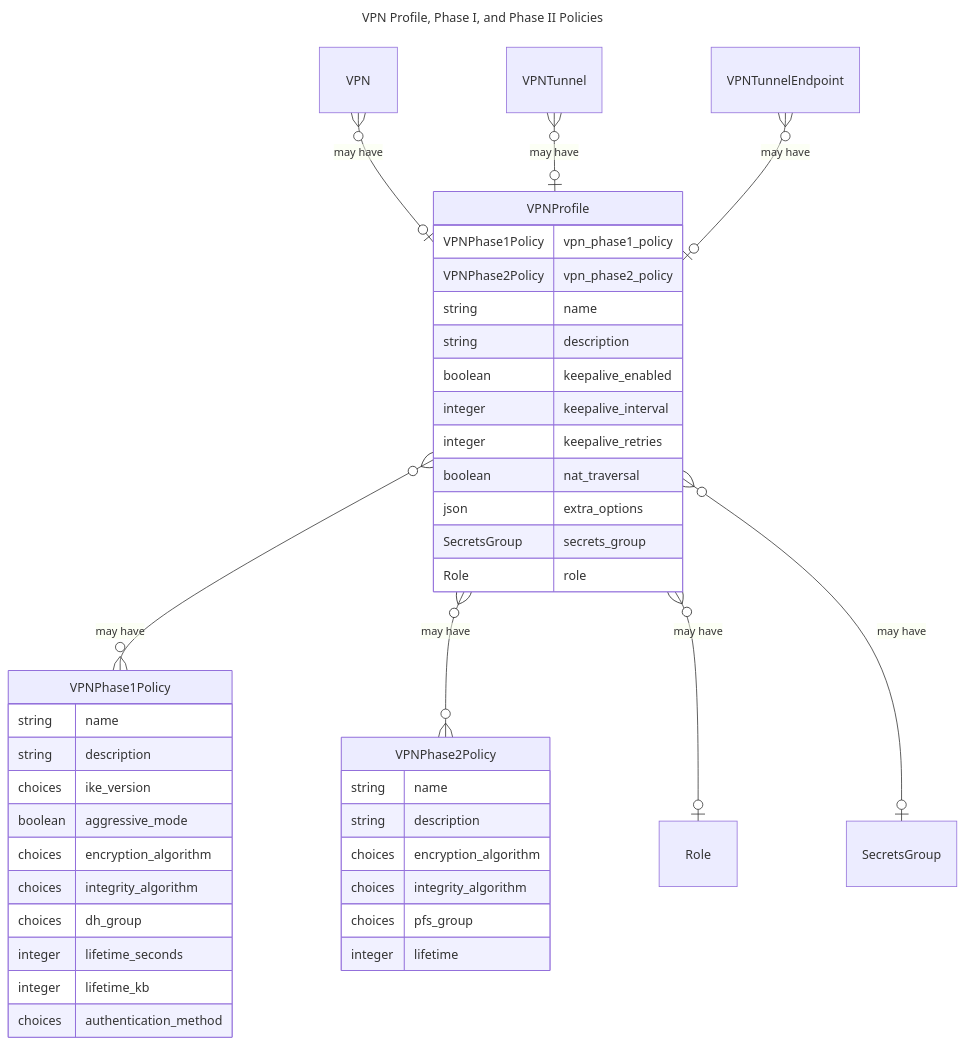
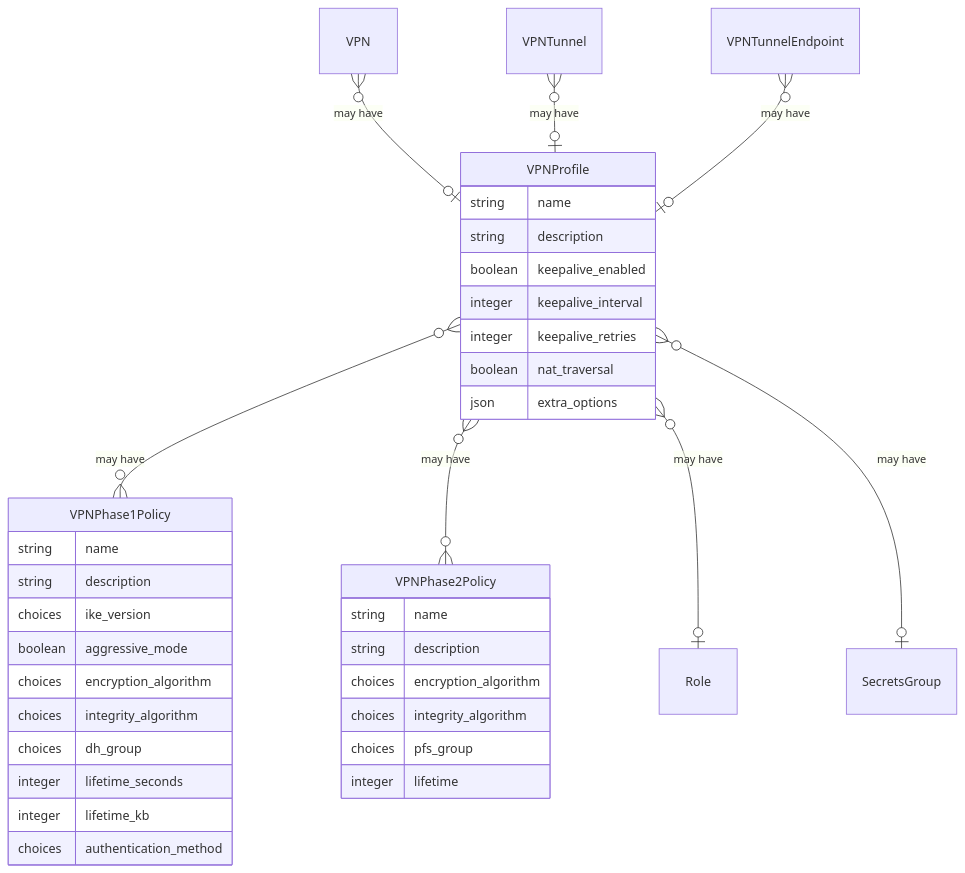
One commit to nautobot/nautobot changed the second of 11 diagrams in nautobot/docs/user-guide/core-data-model/vpn/index.md. Above: the diagram before and after it, drawn with Mermaid. The commit also changed other lines of this file and 19 other files, not shown here.

````diff
--- a/nautobot/docs/user-guide/core-data-model/vpn/index.md
+++ b/nautobot/docs/user-guide/core-data-model/vpn/index.md
@@ -23,57 +56,49 @@
 ```mermaid
----
-title: VPN Profile, Phase I, and Phase II Policies
----
 erDiagram
     "extras.Role"[Role] {}
     "extras.SecretsGroup"[SecretsGroup] {}
     "nautobot_vpn_models.VPN"[VPN] {}
     "nautobot_vpn_models.VPNTunnel"[VPNTunnel] {}
     "nautobot_vpn_models.VPNTunnelEndpoint"[VPNTunnelEndpoint] {}
 
-
     "nautobot_vpn_models.VPNProfile"[VPNProfile] {
-        VPNPhase1Policy vpn_phase1_policy
-        VPNPhase2Policy vpn_phase2_policy
         string name
         string description
         boolean keepalive_enabled
         integer keepalive_interval
         integer keepalive_retries
         boolean nat_traversal
         json extra_options
-        SecretsGroup secrets_group
-        Role role
     }
 
     "nautobot_vpn_models.VPNPhase1Policy"[VPNPhase1Policy] {
         string name
         string description
         choices ike_version
         boolean aggressive_mode
         choices encryption_algorithm
         choices integrity_algorithm
         choices dh_group
         integer lifetime_seconds
         integer lifetime_kb
         choices authentication_method
     }
 
     "nautobot_vpn_models.VPNPhase2Policy"[VPNPhase2Policy] {
         string name
         string description
         choices encryption_algorithm
         choices integrity_algorithm
         choices pfs_group
         integer lifetime
     }
 
     "nautobot_vpn_models.VPNProfile" }o--o{ "nautobot_vpn_models.VPNPhase1Policy" : "may have"
     "nautobot_vpn_models.VPNProfile" }o--o{ "nautobot_vpn_models.VPNPhase2Policy" : "may have"
     "nautobot_vpn_models.VPNProfile" }o--o| "extras.Role" : "may have"
     "nautobot_vpn_models.VPNProfile" }o--o| "extras.SecretsGroup" : "may have"
 
     "nautobot_vpn_models.VPN" }o--o| "nautobot_vpn_models.VPNProfile" : "may have"
     "nautobot_vpn_models.VPNTunnel" }o--o| "nautobot_vpn_models.VPNProfile" : "may have"
     "nautobot_vpn_models.VPNTunnelEndpoint" }o--o| "nautobot_vpn_models.VPNProfile" : "may have"
 ```
````
